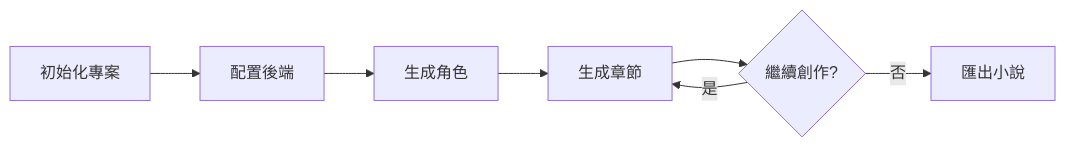
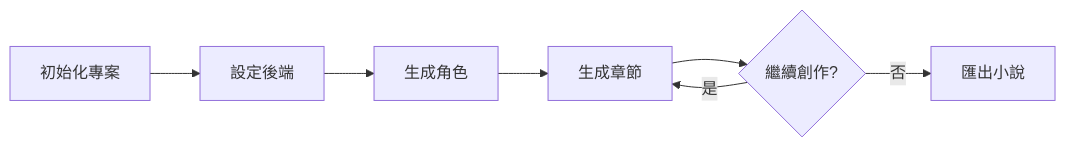
The diagram in docs/cli/overview.md (voilelab/gonovelmaker), drawn with Mermaid before and after one commit. The commit also changed other lines of this file and 6 other files, not shown here.

````diff
--- a/docs/cli/overview.md
+++ b/docs/cli/overview.md
@@ -105,9 +105,9 @@
 ```mermaid
 graph LR
-    A[初始化專案] --> B[配置後端]
+    A[初始化專案] --> B[設定後端]
     B --> C[生成角色]
     C --> D[生成章節]
     D --> E{繼續創作?}
     E -->|是| D
     E -->|否| F[匯出小說]
 ```
````
